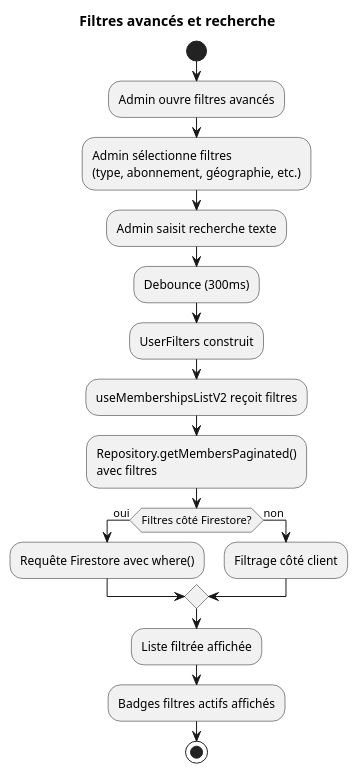
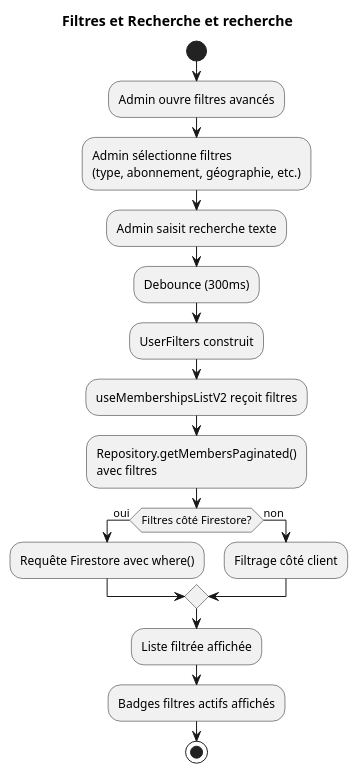
One commit to GlennEriss/kara-client-front changed the diagram in documentation/memberships/V2/liste-memberships/activite/filtres.puml. Above: the diagram before and after it, drawn with PlantUML. The commit also changed 11 other files, not shown here.

First line of the commit message:
refactor(documentation): update terminology from "Filtres avancés" to "Filtres et Recherche"

```diff
--- a/documentation/memberships/V2/liste-memberships/activite/filtres.puml
+++ b/documentation/memberships/V2/liste-memberships/activite/filtres.puml
@@ -1,34 +1,34 @@
 @startuml Application de filtres
-title Filtres avancés et recherche
+title Filtres et Recherche et recherche
 
 start
 
 :Admin ouvre filtres avancés;
 
 :Admin sélectionne filtres
 (type, abonnement, géographie, etc.);
 
 :Admin saisit recherche texte;
 
 :Debounce (300ms);
 
 :UserFilters construit;
 
 :useMembershipsListV2 reçoit filtres;
 
 :Repository.getMembersPaginated()
 avec filtres;
 
 if (Filtres côté Firestore?) then (oui)
   :Requête Firestore avec where();
 else (non)
   :Filtrage côté client;
 endif
 
 :Liste filtrée affichée;
 
 :Badges filtres actifs affichés;
 
 stop
 
 @enduml
```
